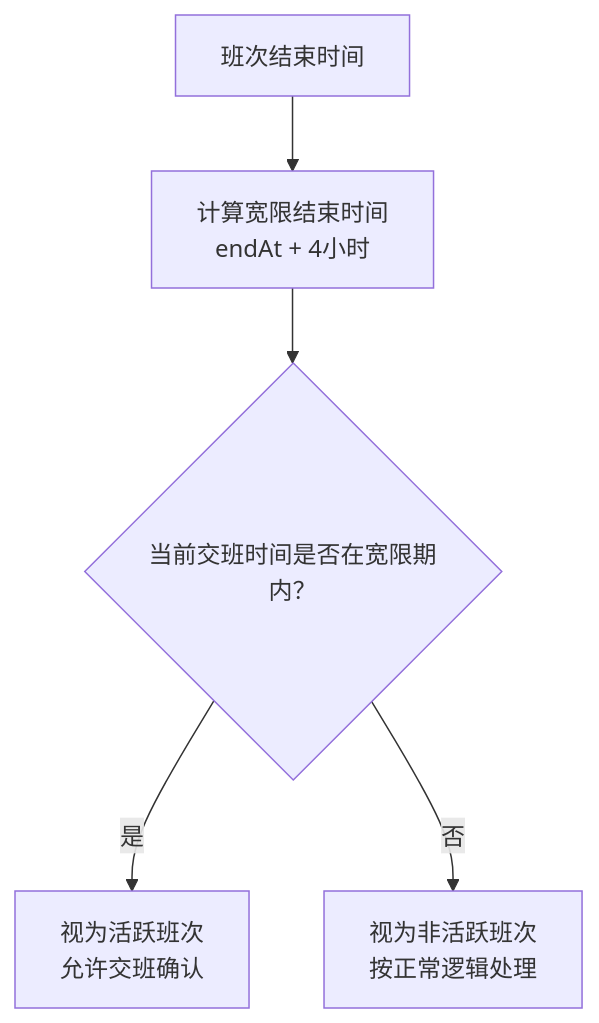
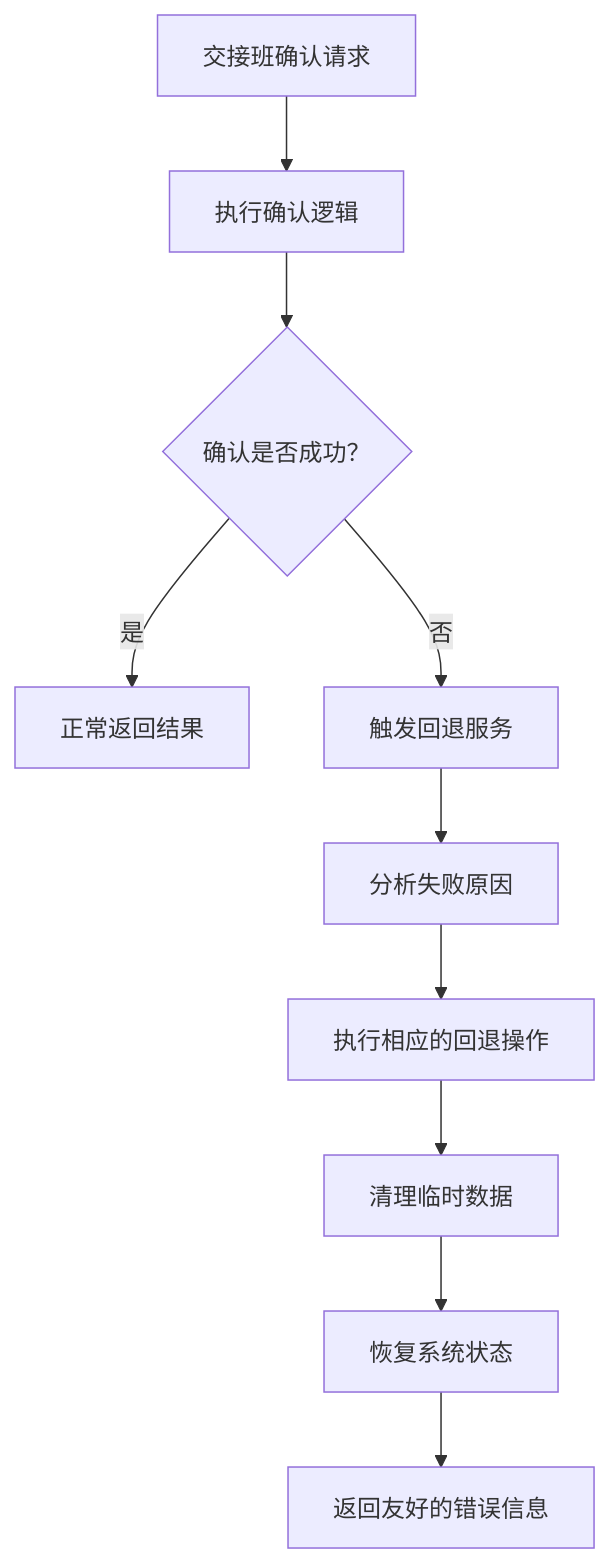
The fifth of 13 diagrams in .qoder/repowiki/zh/content/业务模块/运营管理模块/交接班管理.md (rc558620/purelyprofit-server), drawn with Mermaid before and after one commit. The commit also changed other lines of this file and 10 other files, not shown here.

````diff
--- a/.qoder/repowiki/zh/content/业务模块/运营管理模块/交接班管理.md
+++ b/.qoder/repowiki/zh/content/业务模块/运营管理模块/交接班管理.md
@@ -310,7 +312,12 @@
 ```mermaid
 flowchart TD
-A["班次结束时间"] --> B["计算宽限结束时间<br/>endAt + 4小时"]
-B --> C{"当前交班时间是否在宽限期内？"}
-C --> |是| D["视为活跃班次<br/>允许交班确认"]
-C --> |否| E["视为非活跃班次<br/>按正常逻辑处理"]
+A["交接班确认请求"] --> B["执行确认逻辑"]
+B --> C{"确认是否成功？"}
+C --> |是| D["正常返回结果"]
+C --> |否| E["触发回退服务"]
+E --> F["分析失败原因"]
+F --> G["执行相应的回退操作"]
+G --> H["清理临时数据"]
+H --> I["恢复系统状态"]
+I --> J["返回友好的错误信息"]
 ```
````
